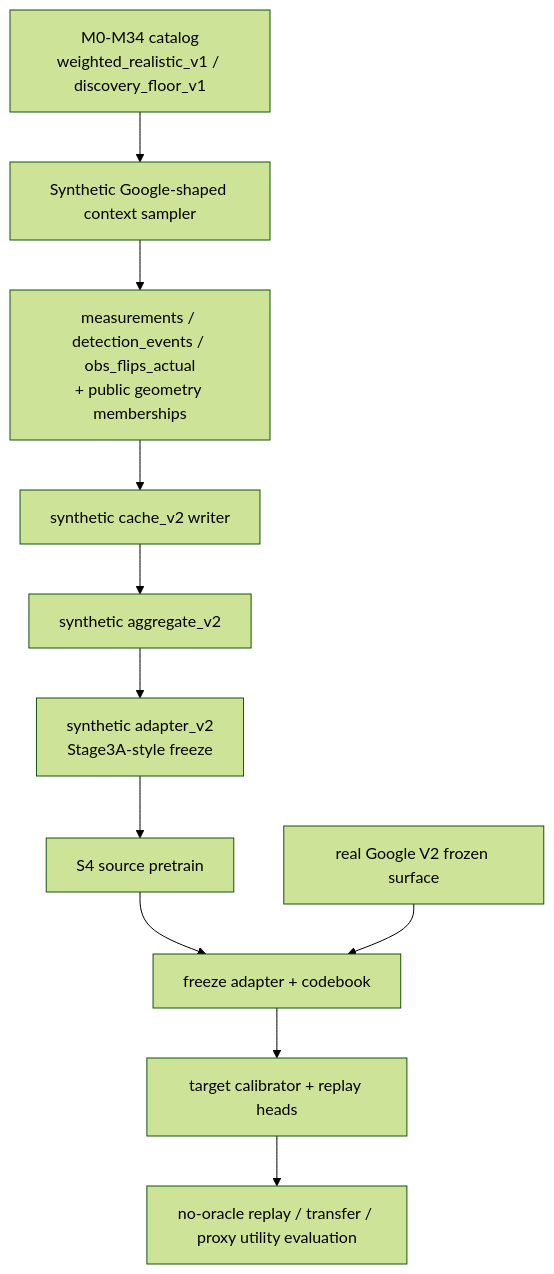
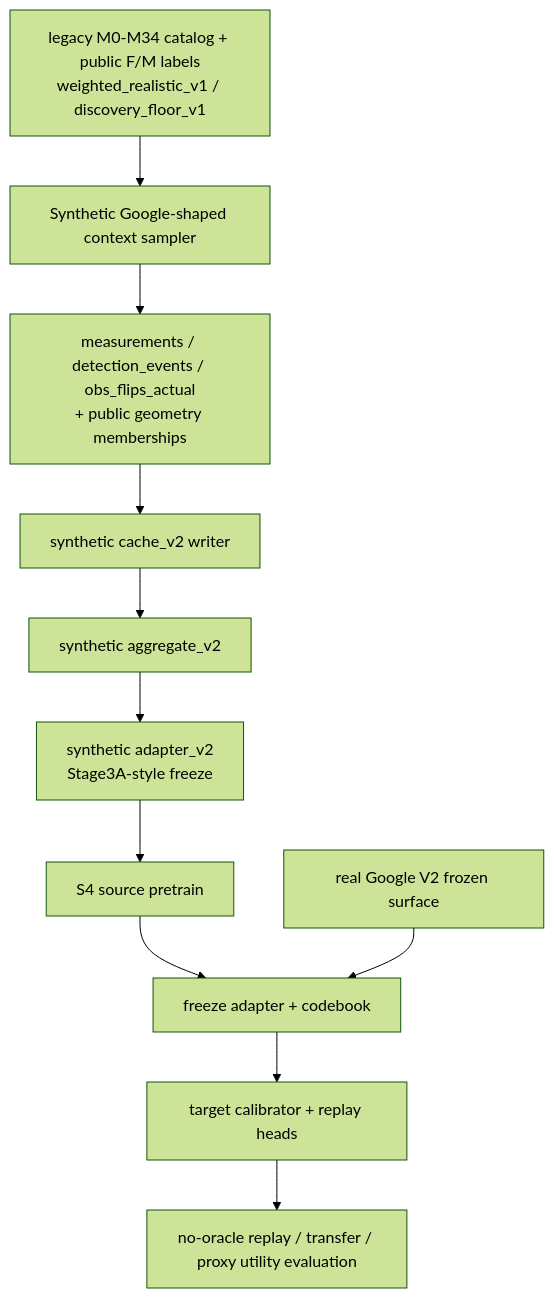
One commit to cxMoonGlade/AI_QEC changed the second of 2 diagrams in docs/preS4.md. Above: the diagram before and after it, drawn with Mermaid (forest theme). The commit also changed other lines of this file and 62 other files, not shown here.

````diff
--- a/docs/preS4.md
+++ b/docs/preS4.md
@@ -116,13 +116,13 @@
 ```mermaid
 flowchart TD
-    A[M0-M34 catalog<br/>weighted_realistic_v1 / discovery_floor_v1] --> B[Synthetic Google-shaped context sampler]
+    A[legacy M0-M34 catalog + public F/M labels<br/>weighted_realistic_v1 / discovery_floor_v1] --> B[Synthetic Google-shaped context sampler]
     B --> C[measurements / detection_events / obs_flips_actual<br/>+ public geometry memberships]
     C --> D[synthetic cache_v2 writer]
     D --> E[synthetic aggregate_v2]
     E --> F[synthetic adapter_v2<br/>Stage3A-style freeze]
     F --> G[S4 source pretrain]
     G --> H[freeze adapter + codebook]
     I[real Google V2 frozen surface] --> H
     H --> J[target calibrator + replay heads]
     J --> K[no-oracle replay / transfer / proxy utility evaluation]
 ```
````
